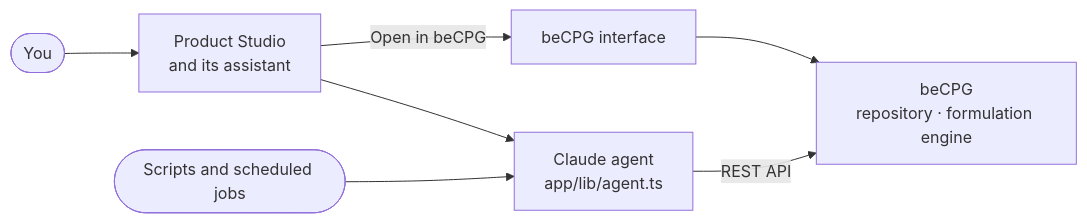
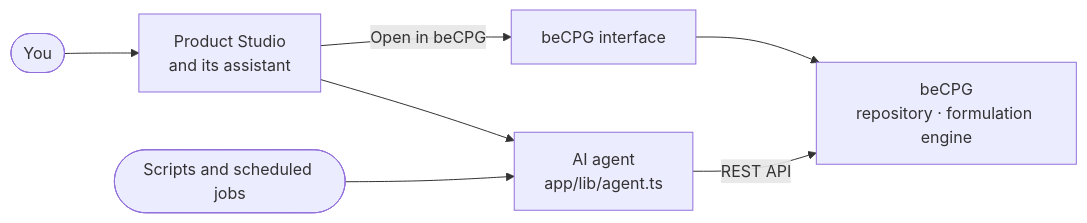
One commit to becpg/becpg-starter changed the diagram in README.md. Above: the diagram before and after it, drawn with Mermaid. The commit also changed other lines of this file and 9 other files, not shown here.

Commit message:
[Cleanup] - Describe the assistant as a provider-neutral AI agent, Claude being only the default LLM

````diff
--- a/README.md
+++ b/README.md
@@ -131,9 +132,9 @@
 ```mermaid
 flowchart LR
     user(["You"]) --> studio["Product Studio<br/>and its assistant"]
-    studio --> agent["Claude agent<br/>app/lib/agent.ts"]
+    studio --> agent["AI agent<br/>app/lib/agent.ts"]
     cli(["Scripts and scheduled jobs"]) --> agent
     agent -- "REST API" --> becpg["beCPG<br/>repository · formulation engine"]
     studio -- "Open in beCPG" --> share["beCPG interface"]
     share --> becpg
 ```
````
